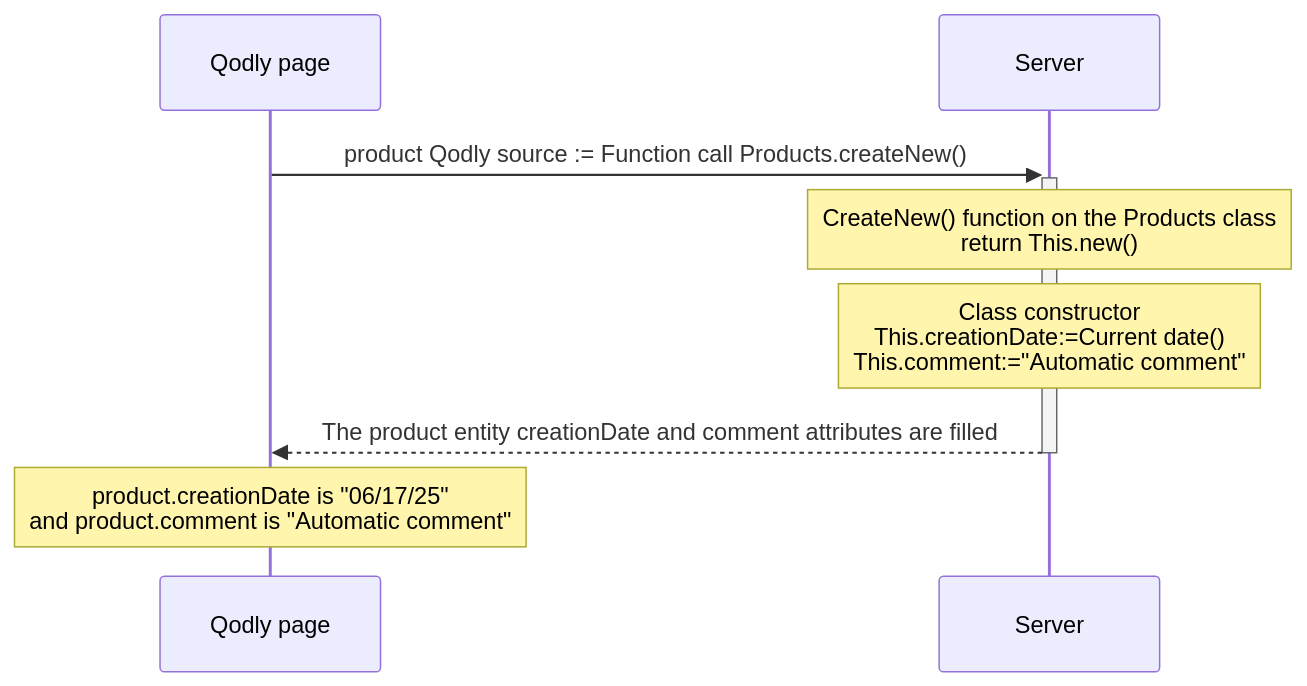
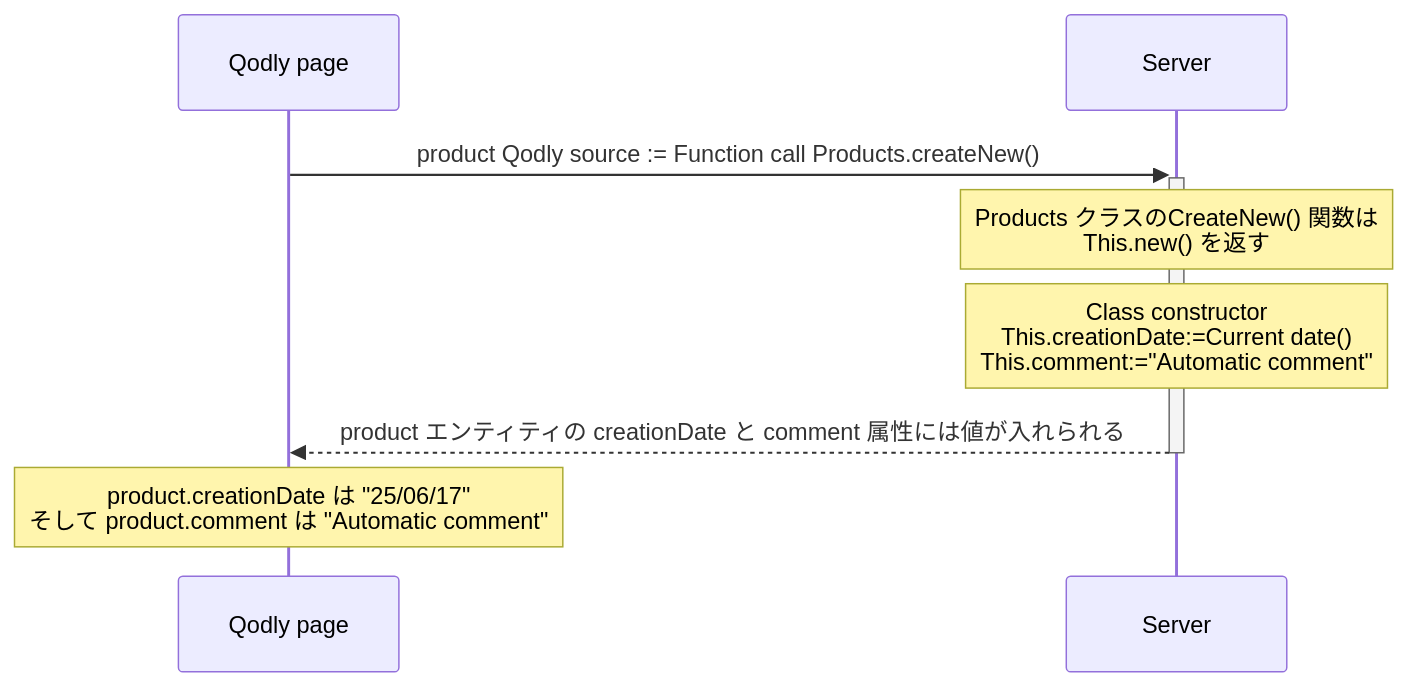
The fourth of 4 diagrams in i18n/ja/docusaurus-plugin-content-docs/version-20-R10/ORDA/ordaClasses.md (4d/docs), drawn with Mermaid before and after one commit. The commit also changed other lines of this file and 731 other files, not shown here.

````diff
--- a/i18n/ja/docusaurus-plugin-content-docs/version-20-R10/ORDA/ordaClasses.md
+++ b/i18n/ja/docusaurus-plugin-content-docs/version-20-R10/ORDA/ordaClasses.md
@@ -436,15 +436,15 @@
 ```mermaid
 
 sequenceDiagram
 
 Qodly page->>+Server: product Qodly source := Function call Products.createNew()
 
-Note over Server: CreateNew() function on the Products class <br>return This.new()
+Note over Server: Products クラスのCreateNew() 関数は <br>This.new() を返す
 
 Note over Server: Class constructor <br> This.creationDate:=Current date() <br>This.comment:="Automatic comment"
 
-Server-->>-Qodly page: The product entity creationDate and comment attributes are filled
+Server-->>-Qodly page: product エンティティの creationDate と comment 属性には値が入れられる
 
-Note over Qodly page: product.creationDate is "06/17/25" <br>and product.comment is "Automatic comment"
+Note over Qodly page: product.creationDate は "25/06/17" <br>そして product.comment は "Automatic comment"
 
 ```
````
